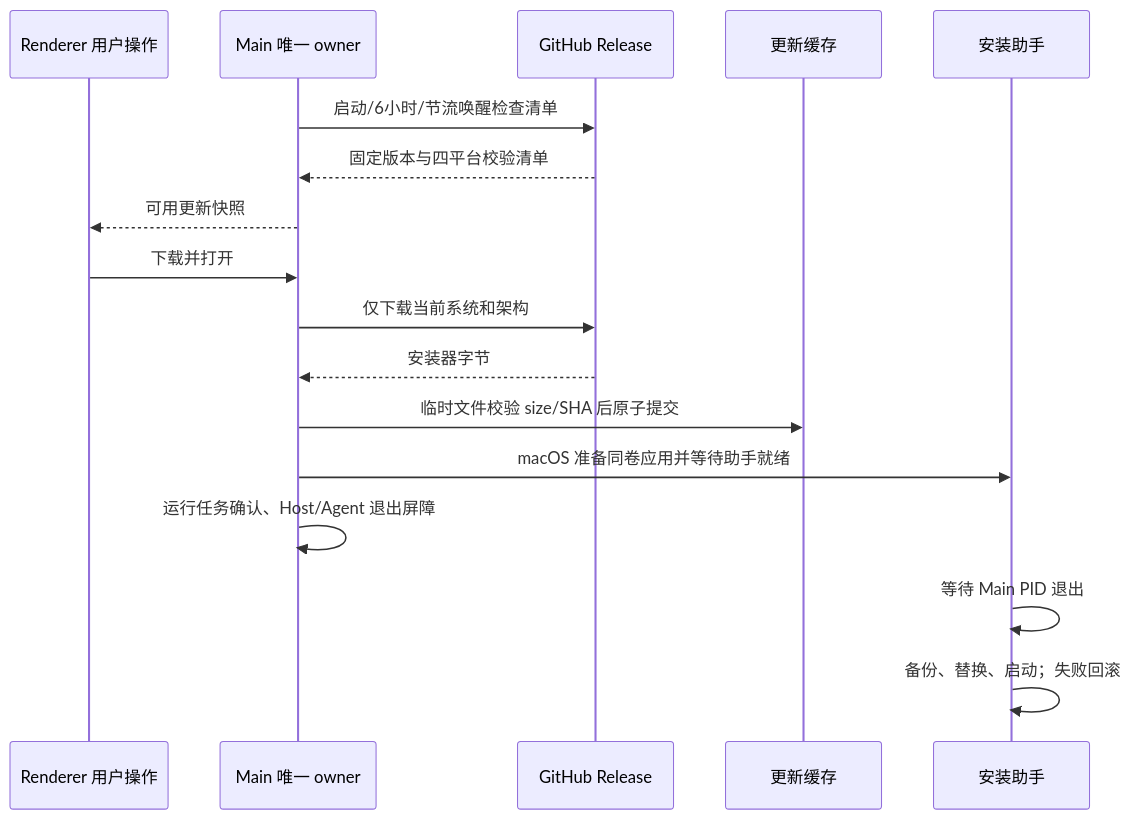
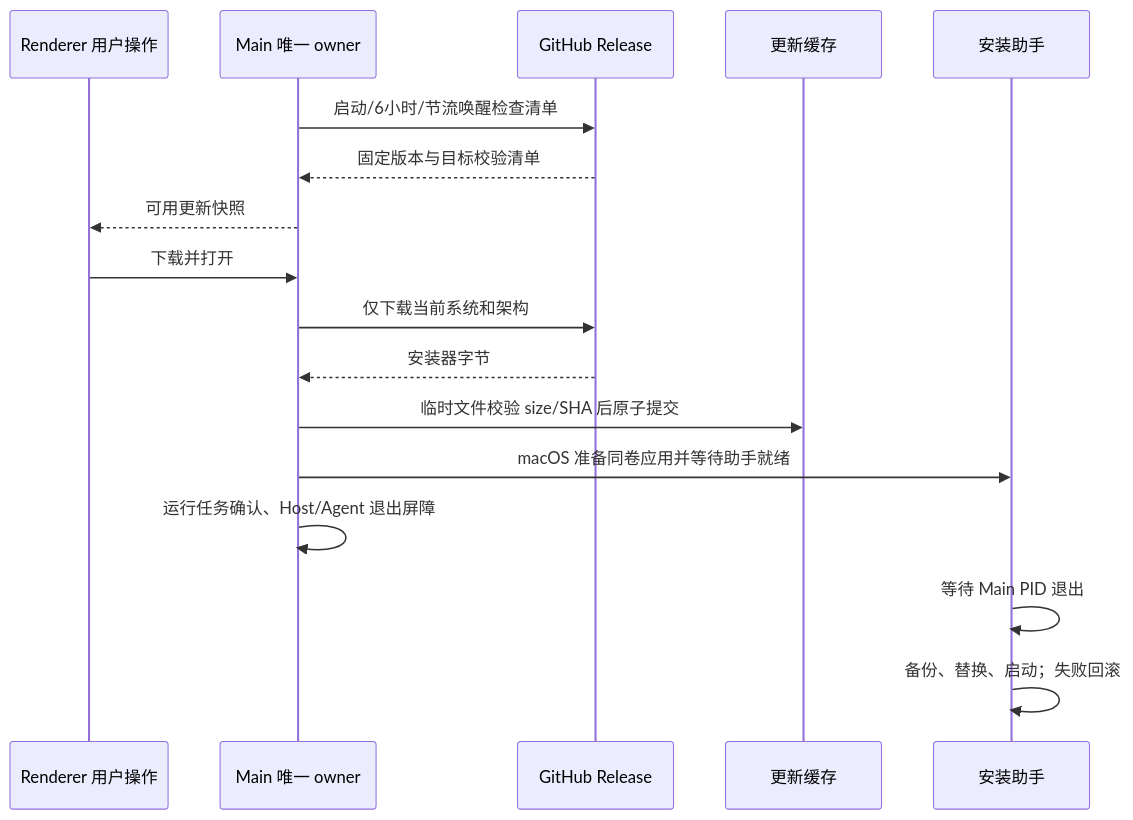
The diagram in docs/desktop/github-desktop-update-spec.md (OpenX123/ZCode), drawn with Mermaid before and after one commit. The commit also changed other lines of this file and 10 other files, not shown here.

````diff
--- a/docs/desktop/github-desktop-update-spec.md
+++ b/docs/desktop/github-desktop-update-spec.md
@@ -31,19 +31,19 @@
 ```mermaid
 sequenceDiagram
     participant U as Renderer 用户操作
     participant M as Main 唯一 owner
     participant G as GitHub Release
     participant F as 更新缓存
     participant S as 安装助手
     M->>G: 启动/6小时/节流唤醒检查清单
-    G-->>M: 固定版本与四平台校验清单
+    G-->>M: 固定版本与目标校验清单
     M-->>U: 可用更新快照
     U->>M: 下载并打开
     M->>G: 仅下载当前系统和架构
     G-->>M: 安装器字节
     M->>F: 临时文件校验 size/SHA 后原子提交
     M->>S: macOS 准备同卷应用并等待助手就绪
     M->>M: 运行任务确认、Host/Agent 退出屏障
     S->>S: 等待 Main PID 退出
     S->>S: 备份、替换、启动；失败回滚
 ```
````
